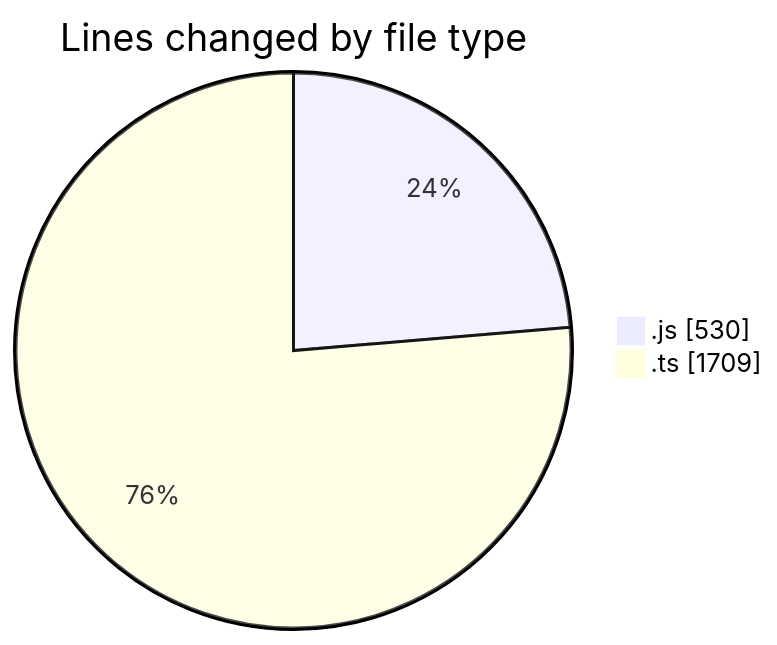
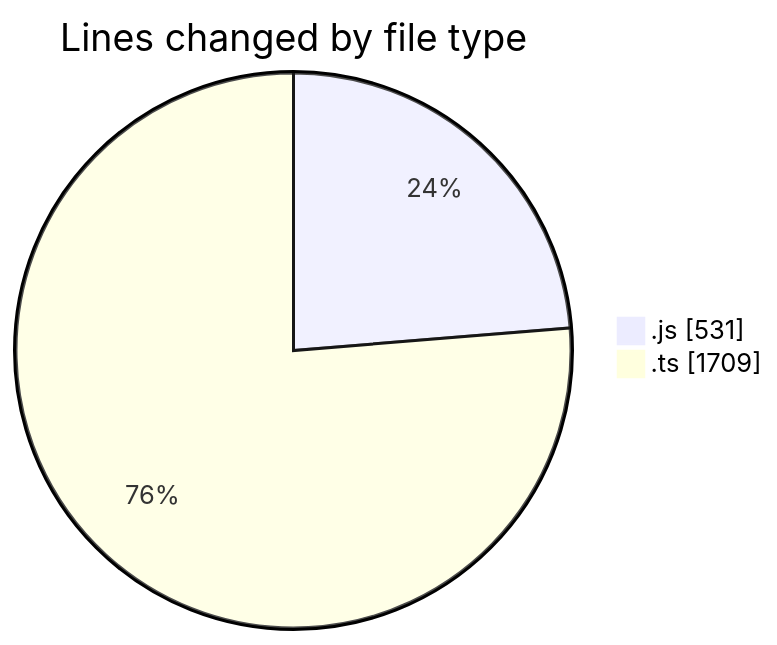
One commit to momahboobian/code-tracking changed the first of 2 diagrams in 2025-05-29/cda/README.md. Above: the diagram before and after it, drawn with Mermaid. The commit also changed other lines of this file and 1 other file, not shown here.

````diff
--- a/2025-05-29/cda/README.md
+++ b/2025-05-29/cda/README.md
@@ -22,6 +22,6 @@
 ```mermaid
 pie showData
 title Lines changed by file type
-".js" : 530
+".js" : 531
 ".ts" : 1709
 ```
````
